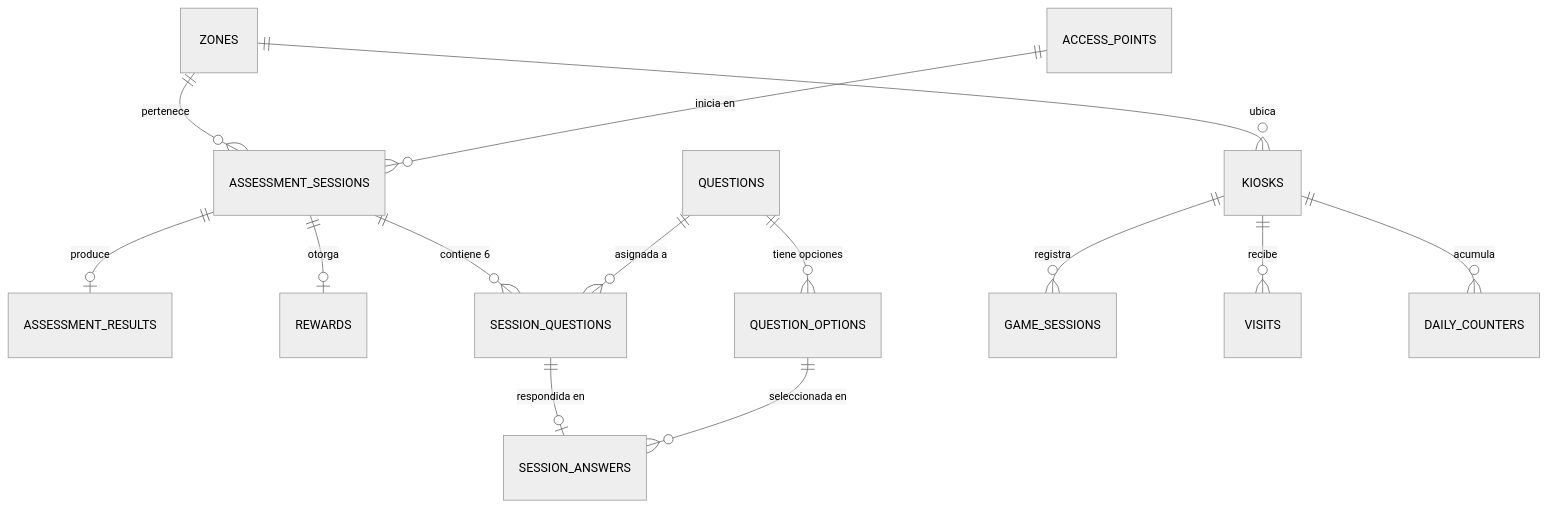
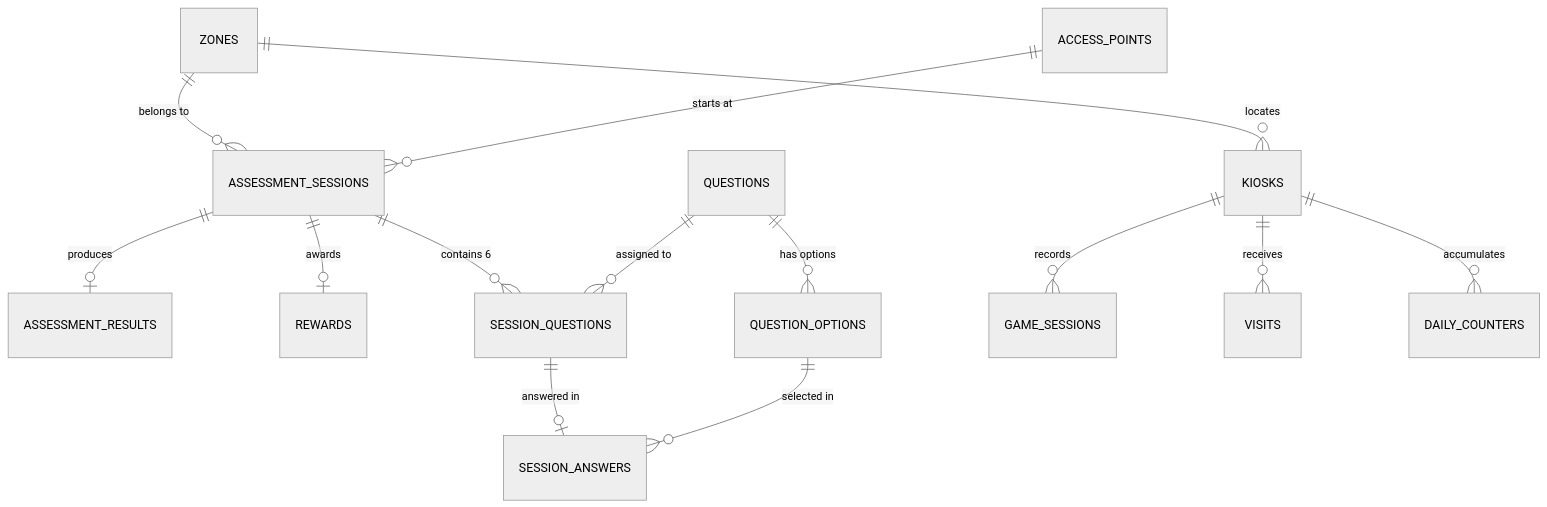
Before and after one commit to Haen-hap/CollaborativeCLAS: the diagram in DATABASE_DICTIONARY.md, drawn with Mermaid (neutral theme). The commit also changed other lines of this file, not shown here.

````diff
--- a/DATABASE_DICTIONARY.md
+++ b/DATABASE_DICTIONARY.md
@@ -248,16 +248,16 @@
 ```mermaid
 erDiagram
-    ZONES ||--o{ KIOSKS : "ubica"
-    ZONES ||--o{ ASSESSMENT_SESSIONS : "pertenece"
-    ACCESS_POINTS ||--o{ ASSESSMENT_SESSIONS : "inicia en"
-    ASSESSMENT_SESSIONS ||--o| ASSESSMENT_RESULTS : "produce"
-    ASSESSMENT_SESSIONS ||--o| REWARDS : "otorga"
-    ASSESSMENT_SESSIONS ||--o{ SESSION_QUESTIONS : "contiene 6"
-    QUESTIONS ||--o{ QUESTION_OPTIONS : "tiene opciones"
-    QUESTIONS ||--o{ SESSION_QUESTIONS : "asignada a"
-    SESSION_QUESTIONS ||--o| SESSION_ANSWERS : "respondida en"
-    QUESTION_OPTIONS ||--o{ SESSION_ANSWERS : "seleccionada en"
-    KIOSKS ||--o{ GAME_SESSIONS : "registra"
-    KIOSKS ||--o{ VISITS : "recibe"
-    KIOSKS ||--o{ DAILY_COUNTERS : "acumula"
+    ZONES ||--o{ KIOSKS : "locates"
+    ZONES ||--o{ ASSESSMENT_SESSIONS : "belongs to"
+    ACCESS_POINTS ||--o{ ASSESSMENT_SESSIONS : "starts at"
+    ASSESSMENT_SESSIONS ||--o| ASSESSMENT_RESULTS : "produces"
+    ASSESSMENT_SESSIONS ||--o| REWARDS : "awards"
+    ASSESSMENT_SESSIONS ||--o{ SESSION_QUESTIONS : "contains 6"
+    QUESTIONS ||--o{ QUESTION_OPTIONS : "has options"
+    QUESTIONS ||--o{ SESSION_QUESTIONS : "assigned to"
+    SESSION_QUESTIONS ||--o| SESSION_ANSWERS : "answered in"
+    QUESTION_OPTIONS ||--o{ SESSION_ANSWERS : "selected in"
+    KIOSKS ||--o{ GAME_SESSIONS : "records"
+    KIOSKS ||--o{ VISITS : "receives"
+    KIOSKS ||--o{ DAILY_COUNTERS : "accumulates"
 ```
````
